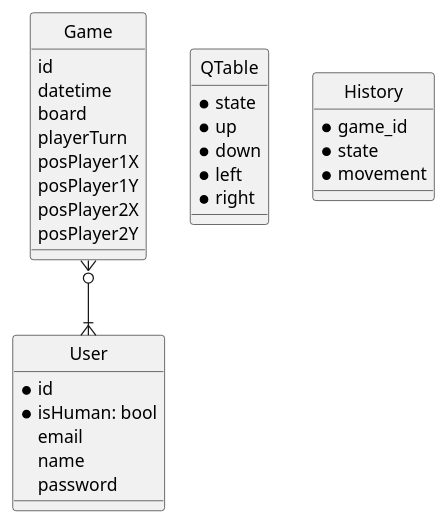
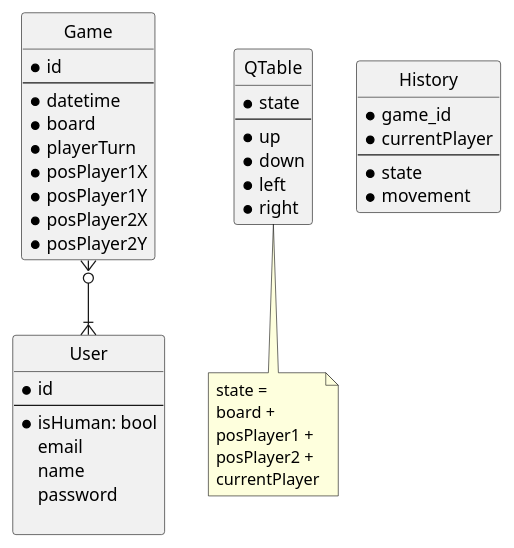
Before and after one commit to vsantele/IG3-projet-ia: the diagram in schema/DB.puml, drawn with PlantUML.

Commit message:
add currentPlayer in history + note + nullable

```diff
--- a/schema/DB.puml
+++ b/schema/DB.puml
@@ -1,54 +1,66 @@
 @startuml database
 
 hide circle
 
 entity Game{
-    id
-    datetime
-    board 
-    playerTurn
-    posPlayer1X
-    posPlayer1Y
-    posPlayer2X
-    posPlayer2Y
+    *id
+    --
+    *datetime
+    *board
+    *playerTurn
+    *posPlayer1X
+    *posPlayer1Y
+    *posPlayer2X
+    *posPlayer2Y
 }
 
 
 entity User{
-    *id 
+    *id
+    --
     *isHuman: bool
     email
-    name 
+    name
     password
-    
+
 }
 
 entity QTable {
     *state
+    --
     *up
     *down
     *left
     *right
 }
+note bottom
+state =
+board +
+posPlayer1 +
+posPlayer2 +
+currentPlayer
+end note
 
 entity History {
     *game_id
+    *currentPlayer
+    --
     *state
     *movement
 }
 
 
 Game }o--|{ User
 ' note left
 ' à voir si on garde le
 ' Many To Many
 ' pour les relations
 ' --
 ' joachim :
-' oui puisqu'on aura toujours 
+' oui puisqu'on aura toujours
 ' soit 2 joueurs l'un contre l'autre -> 2
 ' soit 1 joueur contre ia -> 1
 ' soit 2 ia -> 0
 ' end note
 
 @enduml
```
